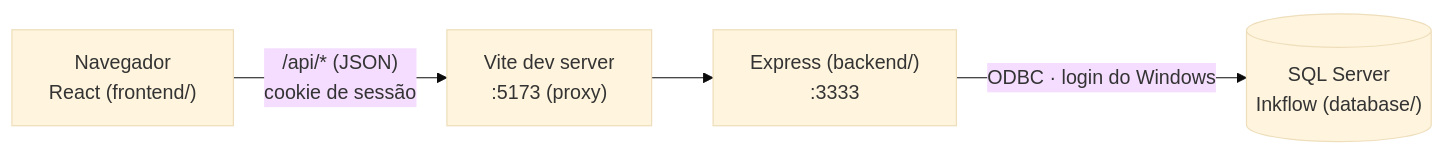
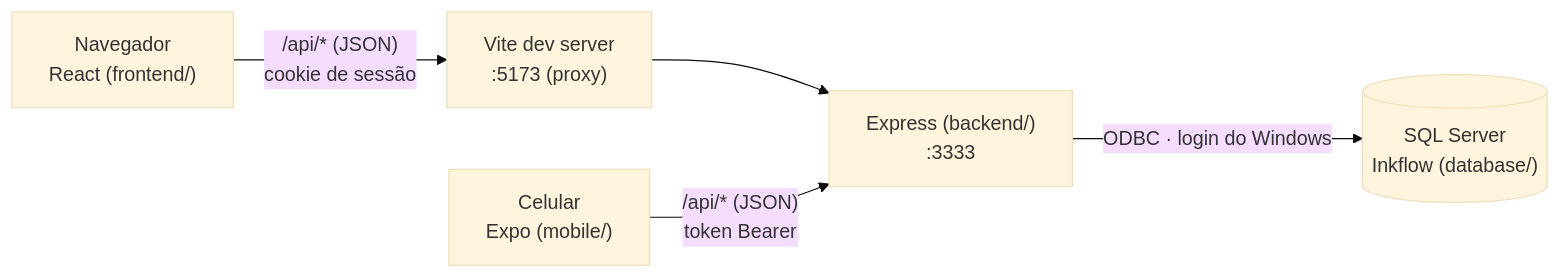
The diagram in README.md (geovanaaacs/Inkflow-PlataformaEnade), drawn with Mermaid (base theme) before and after one commit. The commit also changed other lines of this file and 33 other files, not shown here.

First line of the commit message:
feat(mobile): app Expo com login, cadastro e navegação por perfil

````diff
--- a/README.md
+++ b/README.md
@@ -24,6 +26,7 @@
 ```mermaid
 flowchart LR
   browser["Navegador<br/>React (frontend/)"] -- "/api/* (JSON)<br/>cookie de sessão" --> vite["Vite dev server<br/>:5173 (proxy)"]
   vite --> api["Express (backend/)<br/>:3333"]
+  phone["Celular<br/>Expo (mobile/)"] -- "/api/* (JSON)<br/>token Bearer" --> api
   api -- "ODBC · login do Windows" --> db[("SQL Server<br/>Inkflow (database/)")]
 ```
````
